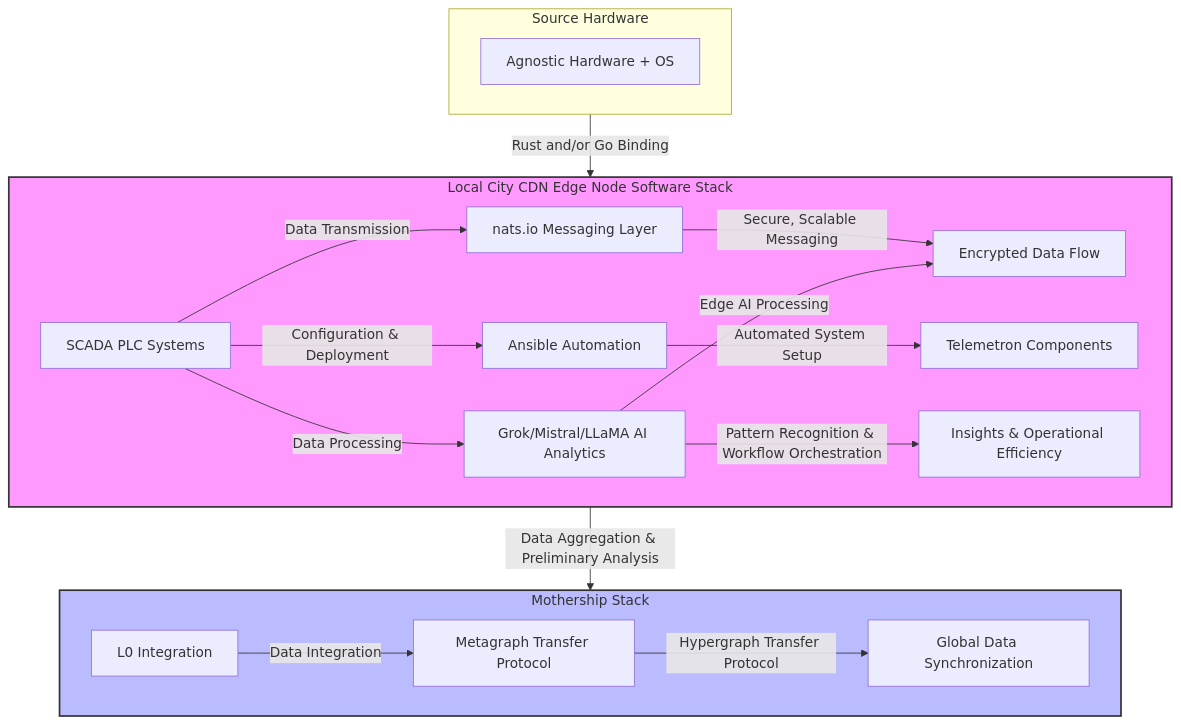
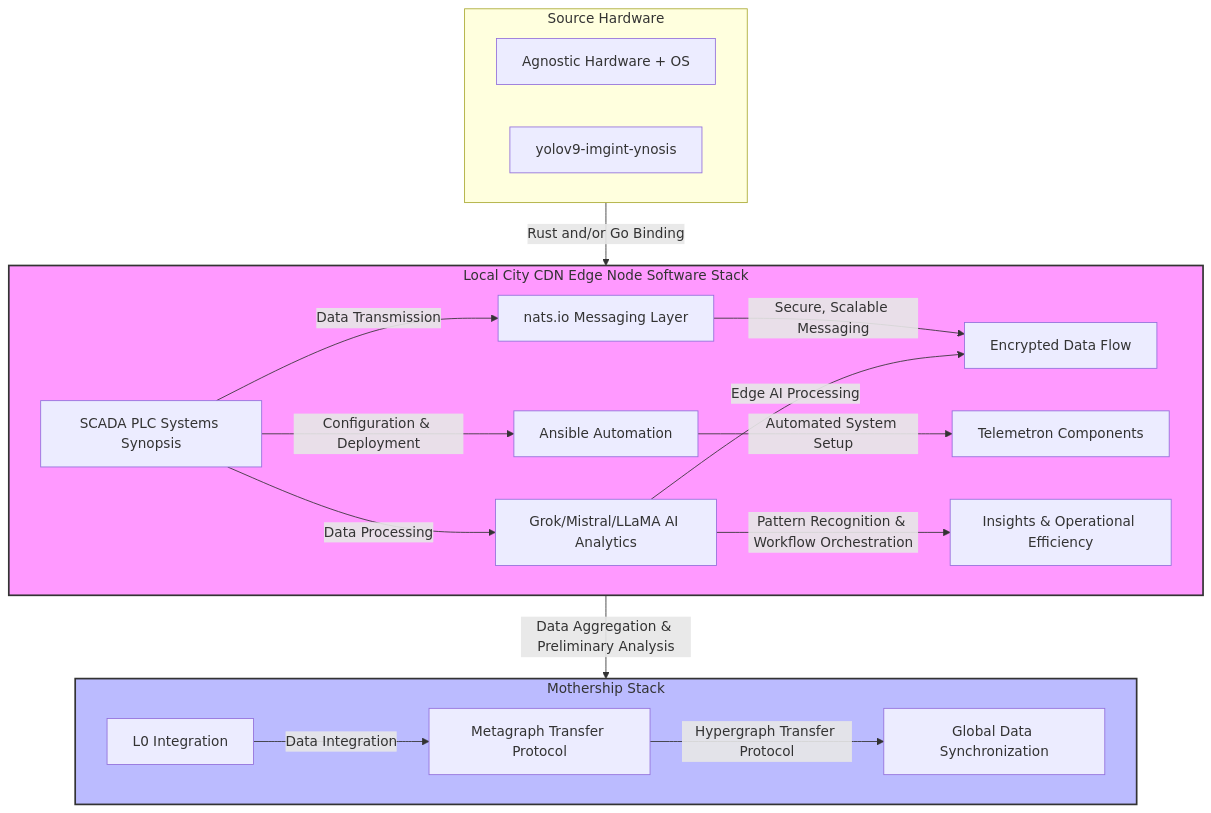
The diagram in README.md (Eden-Advisory/sbir-6913G624QSBIR2), drawn with Mermaid before and after one commit.

Commit message:
architecture: add yolov9 image capture

````diff
--- a/README.md
+++ b/README.md
@@ -32,32 +32,33 @@
 ```mermaid
 graph TD;
     subgraph SourceSystem["Source Hardware"]
         Z[Agnostic Hardware + OS]
+        ZZ[yolov9-imgint-ynosis]
     end
 
     subgraph EdgeStack["Local City CDN Edge Node Software Stack"]
-        A[SCADA PLC Systems] -->|Data Transmission| B[nats.io Messaging Layer]
+        A[SCADA PLC Systems Synopsis] -->|Data Transmission| B[nats.io Messaging Layer]
         B -->|Secure, Scalable Messaging| C[Encrypted Data Flow]
         
         A -->|Configuration & Deployment| D[Ansible Automation]
         D -->|Automated System Setup| E[Telemetron Components]
         
         A -->|Data Processing| F[Grok/Mistral/LLaMA AI Analytics]
         F -->|Pattern Recognition & Workflow Orchestration| G[Insights & Operational Efficiency]
         
         F -->|Edge AI Processing| C
     end
     
     subgraph MothershipStack["Mothership Stack"]
         H[L0 Integration] -->|Data Integration| I[Metagraph Transfer Protocol]
         I -->|Hypergraph Transfer Protocol| J[Global Data Synchronization]
     end
     
     EdgeStack -->|Data Aggregation & Preliminary Analysis| MothershipStack
     SourceSystem -->|Rust and/or Go Binding| EdgeStack
     
     classDef edge fill:#f9f,stroke:#333,stroke-width:2px;
     classDef mothership fill:#bbf,stroke:#333,stroke-width:2px;
     class EdgeStack edge;
     class MothershipStack mothership;
 ```
````
